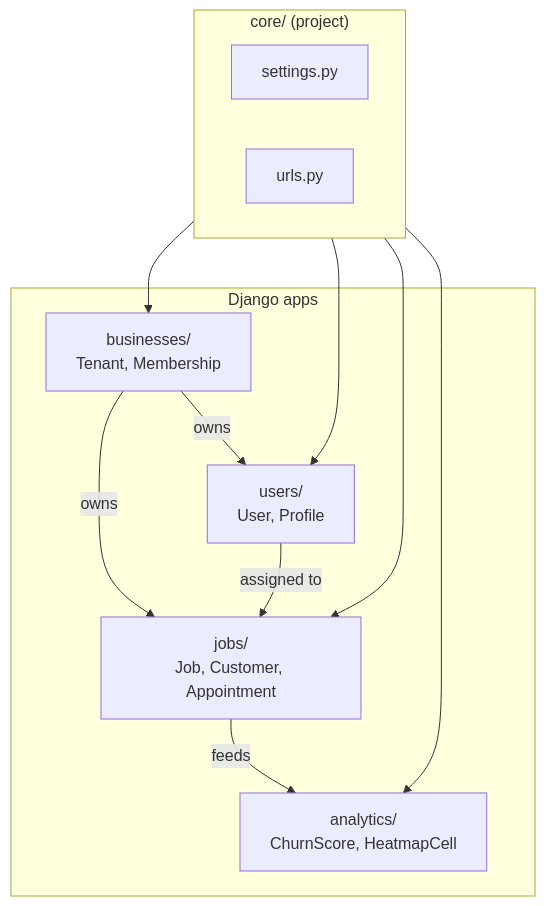
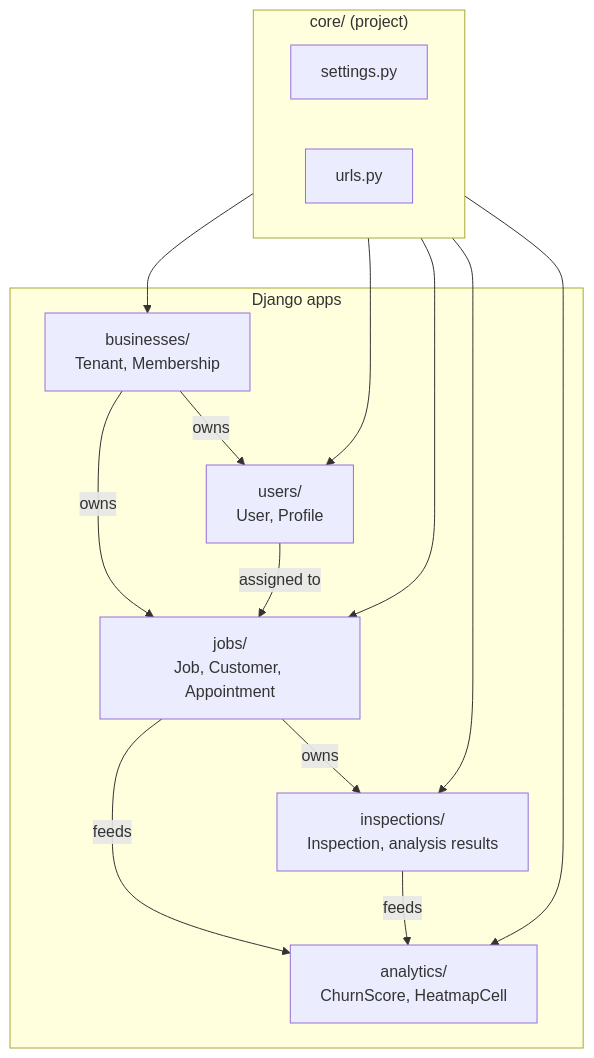
The third of 6 diagrams in ARCHITECTURE.md (DD-Meyer/fieldserve), drawn with Mermaid before and after one commit. The commit also changed other lines of this file and 108 other files, not shown here.

````diff
--- a/ARCHITECTURE.md
+++ b/ARCHITECTURE.md
@@ -81,24 +77,28 @@
 ```mermaid
 flowchart TB
     subgraph Core["core/ (project)"]
         SET["settings.py"]
         URL["urls.py"]
     end
 
     subgraph Apps["Django apps"]
         US["users/<br/>User, Profile"]
         BZ["businesses/<br/>Tenant, Membership"]
         JB["jobs/<br/>Job, Customer, Appointment"]
         AN["analytics/<br/>ChurnScore, HeatmapCell"]
+        IN["inspections/<br/>Inspection, analysis results"]
     end
 
     Core --> US
     Core --> BZ
     Core --> JB
     Core --> AN
+    Core --> IN
 
     BZ -- "owns" --> US
     BZ -- "owns" --> JB
     JB -- "feeds" --> AN
+    JB -- "owns" --> IN
+    IN -- "feeds" --> AN
     US -- "assigned to" --> JB
 ```
````
